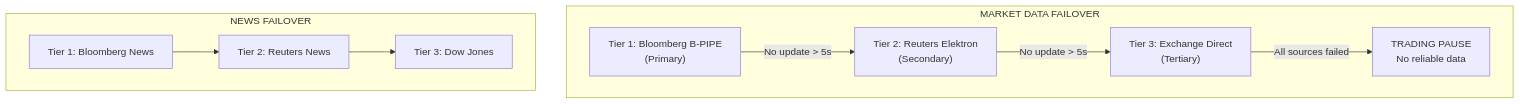
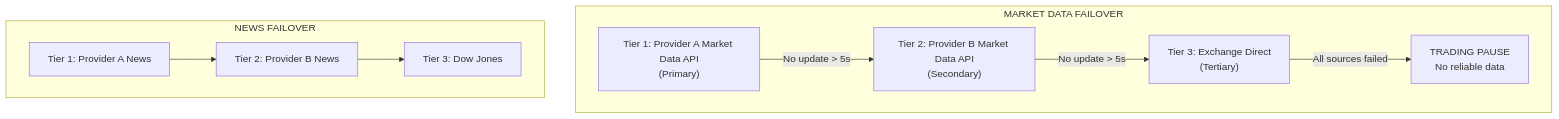
One commit to blackholefund/external_docs changed the fourth of 4 diagrams in docs/connectors/overview.md. Above: the diagram before and after it, drawn with Mermaid. The commit also changed other lines of this file and 14 other files, not shown here.

Commit message:
Hide provider names and fix mermaid identifiers

````diff
--- a/docs/connectors/overview.md
+++ b/docs/connectors/overview.md
@@ -328,21 +330,21 @@
 ```mermaid
 flowchart TD
     subgraph MarketData["MARKET DATA FAILOVER"]
-        T1["Tier 1: Bloomberg B-PIPE\n(Primary)"]
-        T2["Tier 2: Reuters Elektron\n(Secondary)"]
+        T1["Tier 1: Provider A Market Data API\n(Primary)"]
+        T2["Tier 2: Provider B Market Data API\n(Secondary)"]
         T3["Tier 3: Exchange Direct\n(Tertiary)"]
         Pause["TRADING PAUSE\nNo reliable data"]
     end
 
     T1 -->|"No update > 5s"| T2
     T2 -->|"No update > 5s"| T3
     T3 -->|"All sources failed"| Pause
 
     subgraph NewsData["NEWS FAILOVER"]
-        N1["Tier 1: Bloomberg News"]
-        N2["Tier 2: Reuters News"]
+        N1["Tier 1: Provider A News"]
+        N2["Tier 2: Provider B News"]
         N3["Tier 3: Dow Jones"]
     end
 
     N1 --> N2 --> N3
 ```
````
